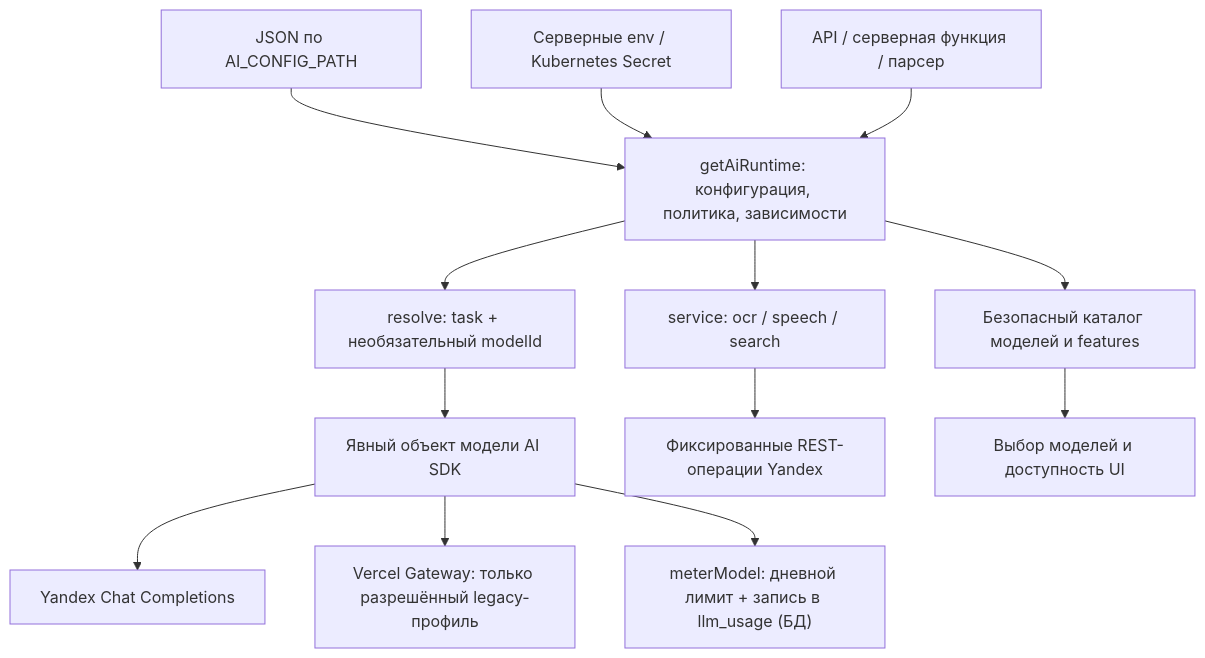
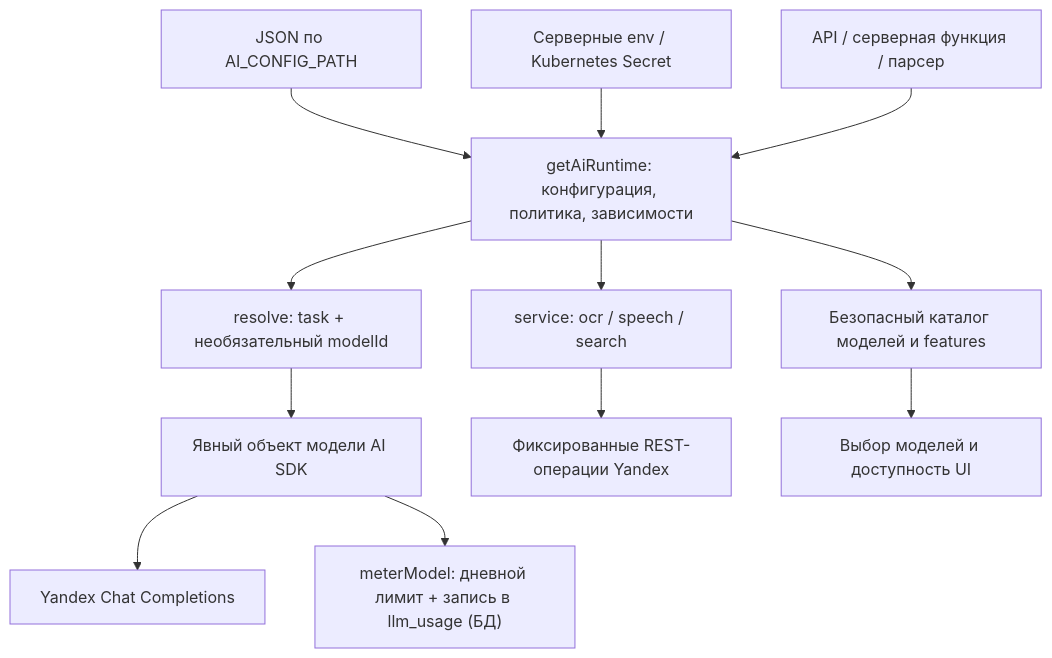
One commit to in4comgroup/salesdaily-dev changed the first of 2 diagrams in docs/ai/architecture.md. Above: the diagram before and after it, drawn with Mermaid. The commit also changed other lines of this file and 42 other files, not shown here.

````diff
--- a/docs/ai/architecture.md
+++ b/docs/ai/architecture.md
@@ -20,15 +20,14 @@
 ```mermaid
 flowchart TD
     JSON["JSON по AI_CONFIG_PATH"] --> Runtime["getAiRuntime: конфигурация, политика, зависимости"]
     Env["Серверные env / Kubernetes Secret"] --> Runtime
     API["API / серверная функция / парсер"] --> Runtime
     Runtime --> Resolve["resolve: task + необязательный modelId"]
     Resolve --> Adapter["Явный объект модели AI SDK"]
     Adapter --> Yandex["Yandex Chat Completions"]
-    Adapter --> Legacy["Vercel Gateway: только разрешённый legacy-профиль"]
     Runtime --> Service["service: ocr / speech / search"]
     Service --> HTTP["Фиксированные REST-операции Yandex"]
     Adapter --> Meter["meterModel: дневной лимит + запись в llm_usage (БД)"]
     Runtime --> Catalog["Безопасный каталог моделей и features"]
     Catalog --> UI["Выбор моделей и доступность UI"]
 ```
````
